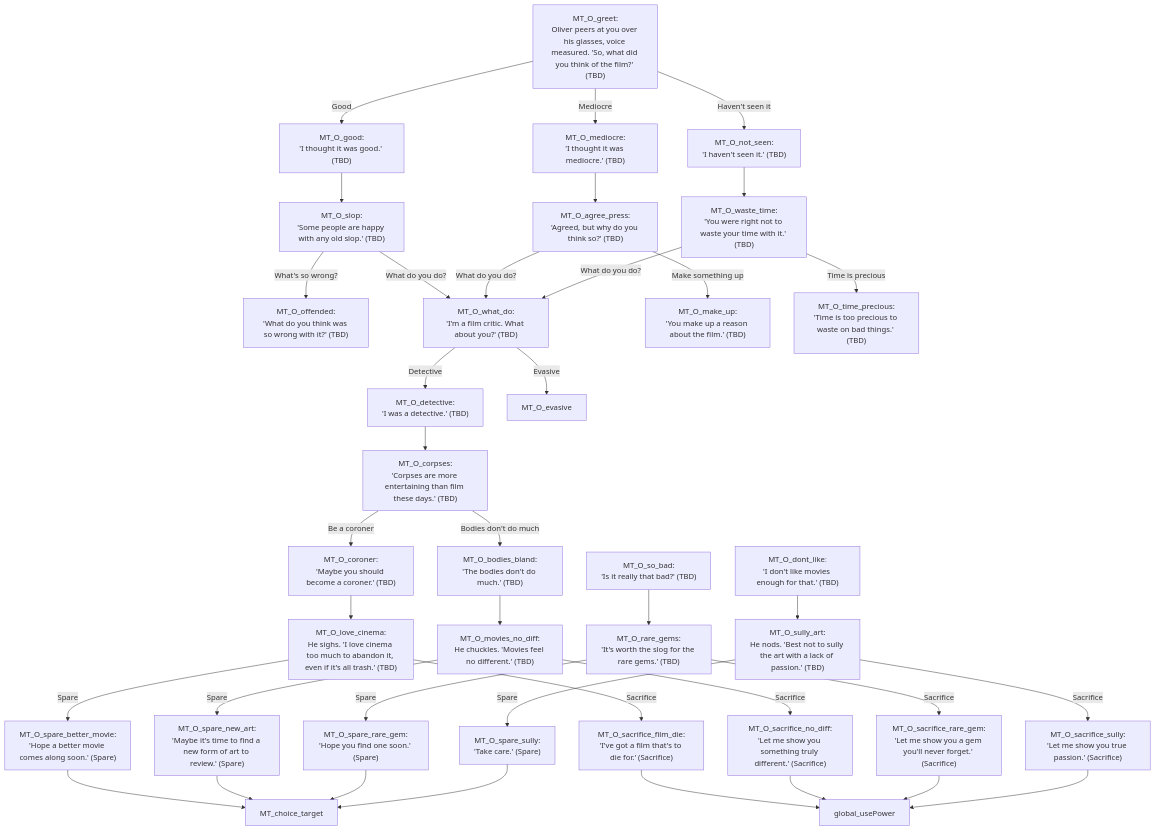
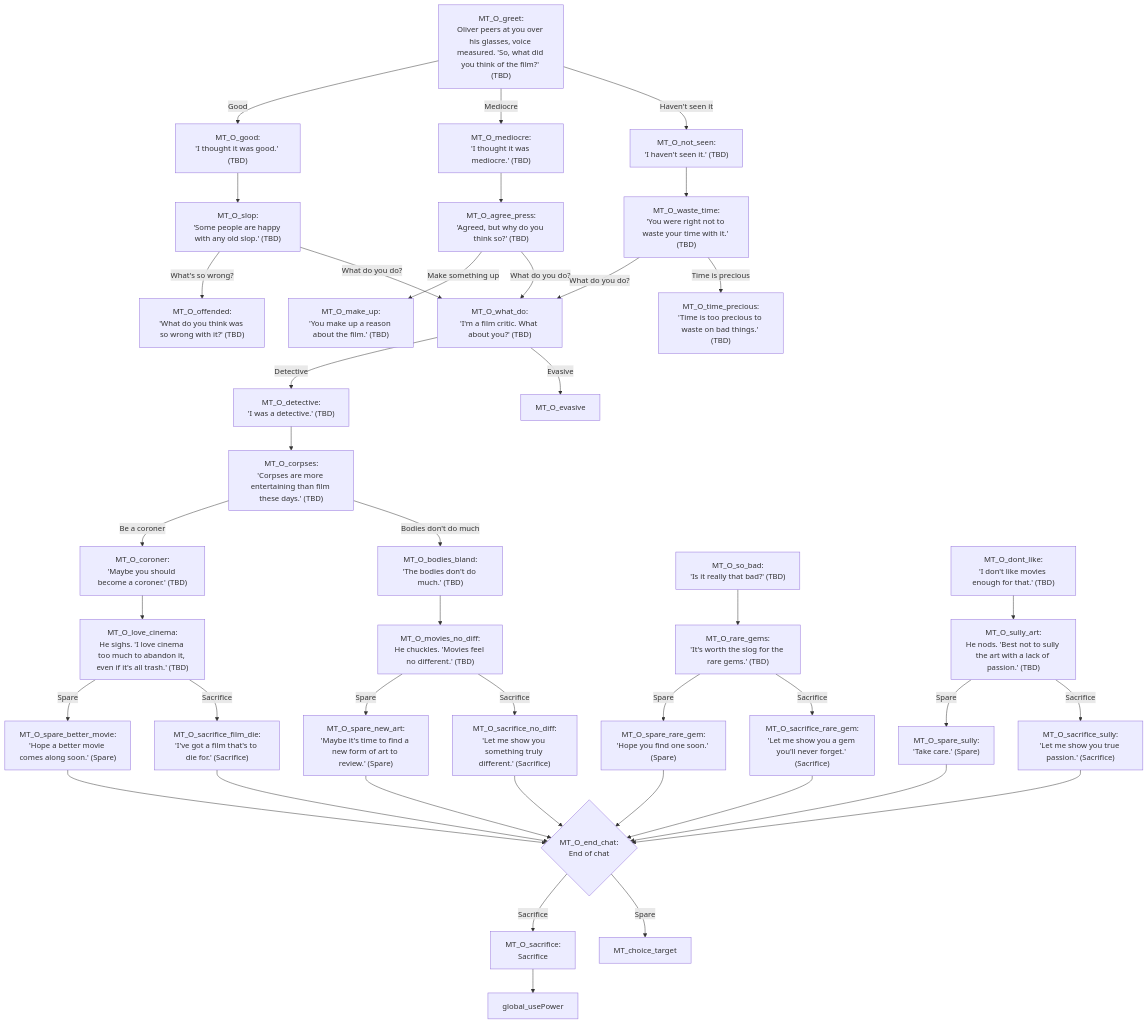
Before and after one commit to ivalace/horror-game-jam-2025: the diagram in Oliver.mmd, drawn with Mermaid. The commit also changed 9 other files, not shown here.

```diff
--- a/Oliver.mmd
+++ b/Oliver.mmd
@@ -1,42 +1,45 @@
 flowchart TD
 direction LR
 MT_O_greet["MT_O_greet:<br/>Oliver peers at you over his glasses, voice measured. 'So, what did you think of the film?' (TBD)"] -->|Good| MT_O_good
 MT_O_greet -->|Mediocre| MT_O_mediocre
 MT_O_greet -->|Haven't seen it| MT_O_not_seen
 MT_O_good["MT_O_good:<br/>'I thought it was good.' (TBD)"] --> MT_O_slop
 MT_O_slop["MT_O_slop:<br/>'Some people are happy with any old slop.' (TBD)"] -->|What's so wrong?| MT_O_offended
 MT_O_slop -->|What do you do?| MT_O_what_do
 MT_O_offended["MT_O_offended:<br/>'What do you think was so wrong with it?' (TBD)"]
 MT_O_agree_press["MT_O_agree_press:<br/>'Agreed, but why do you think so?' (TBD)"] -->|Make something up| MT_O_make_up
 MT_O_agree_press -->|What do you do?| MT_O_what_do
 MT_O_make_up["MT_O_make_up:<br/>'You make up a reason about the film.' (TBD)"]
 MT_O_waste_time["MT_O_waste_time:<br/>'You were right not to waste your time with it.' (TBD)"] -->|What do you do?| MT_O_what_do
 MT_O_waste_time -->|Time is precious| MT_O_time_precious
 MT_O_time_precious["MT_O_time_precious:<br/>'Time is too precious to waste on bad things.' (TBD)"]
 MT_O_mediocre["MT_O_mediocre:<br/>'I thought it was mediocre.' (TBD)"] --> MT_O_agree_press
 MT_O_not_seen["MT_O_not_seen:<br/>'I haven't seen it.' (TBD)"] --> MT_O_waste_time
 MT_O_what_do["MT_O_what_do:<br/>'I'm a film critic. What about you?' (TBD)"] -->|Detective| MT_O_detective
 MT_O_what_do -->|Evasive| MT_O_evasive
 MT_O_detective["MT_O_detective:<br/>'I was a detective.' (TBD)"] --> MT_O_corpses
 MT_O_corpses["MT_O_corpses:<br/>'Corpses are more entertaining than film these days.' (TBD)"] -->|Be a coroner| MT_O_coroner
 MT_O_corpses -->|Bodies don't do much| MT_O_bodies_bland
 MT_O_coroner["MT_O_coroner:<br/>'Maybe you should become a coroner.' (TBD)"] --> MT_O_love_cinema
 MT_O_love_cinema["MT_O_love_cinema:<br/>He sighs. 'I love cinema too much to abandon it, even if it's all trash.' (TBD)"] -->|Spare| MT_O_spare_better_movie
 MT_O_love_cinema -->|Sacrifice| MT_O_sacrifice_film_die
-MT_O_spare_better_movie["MT_O_spare_better_movie:<br/>'Hope a better movie comes along soon.' (Spare)"] --> MT_choice_target
-MT_O_sacrifice_film_die["MT_O_sacrifice_film_die:<br/>'I've got a film that's to die for.' (Sacrifice)"] --> global_usePower
+MT_O_spare_better_movie["MT_O_spare_better_movie:<br/>'Hope a better movie comes along soon.' (Spare)"] --> MT_O_end_chat
+MT_O_spare_new_art["MT_O_spare_new_art:<br/>'Maybe it's time to find a new form of art to review.' (Spare)"] --> MT_O_end_chat
+MT_O_spare_rare_gem["MT_O_spare_rare_gem:<br/>'Hope you find one soon.' (Spare)"] --> MT_O_end_chat
+MT_O_spare_sully["MT_O_spare_sully:<br/>'Take care.' (Spare)"] --> MT_O_end_chat
+MT_O_sacrifice_film_die["MT_O_sacrifice_film_die:<br/>'I've got a film that's to die for.' (Sacrifice)"] --> MT_O_end_chat
+MT_O_sacrifice_no_diff["MT_O_sacrifice_no_diff:<br/>'Let me show you something truly different.' (Sacrifice)"] --> MT_O_end_chat
+MT_O_sacrifice_rare_gem["MT_O_sacrifice_rare_gem:<br/>'Let me show you a gem you'll never forget.' (Sacrifice)"] --> MT_O_end_chat
+MT_O_sacrifice_sully["MT_O_sacrifice_sully:<br/>'Let me show you true passion.' (Sacrifice)"] --> MT_O_end_chat
 MT_O_bodies_bland["MT_O_bodies_bland:<br/>'The bodies don't do much.' (TBD)"] --> MT_O_movies_no_diff
 MT_O_movies_no_diff["MT_O_movies_no_diff:<br/>He chuckles. 'Movies feel no different.' (TBD)"] -->|Spare| MT_O_spare_new_art
 MT_O_movies_no_diff -->|Sacrifice| MT_O_sacrifice_no_diff
-MT_O_spare_new_art["MT_O_spare_new_art:<br/>'Maybe it's time to find a new form of art to review.' (Spare)"] --> MT_choice_target
-MT_O_sacrifice_no_diff["MT_O_sacrifice_no_diff:<br/>'Let me show you something truly different.' (Sacrifice)"] --> global_usePower
 MT_O_so_bad["MT_O_so_bad:<br/>'Is it really that bad?' (TBD)"] --> MT_O_rare_gems
 MT_O_rare_gems["MT_O_rare_gems:<br/>'It's worth the slog for the rare gems.' (TBD)"] -->|Spare| MT_O_spare_rare_gem
 MT_O_rare_gems -->|Sacrifice| MT_O_sacrifice_rare_gem
-MT_O_spare_rare_gem["MT_O_spare_rare_gem:<br/>'Hope you find one soon.' (Spare)"] --> MT_choice_target
-MT_O_sacrifice_rare_gem["MT_O_sacrifice_rare_gem:<br/>'Let me show you a gem you'll never forget.' (Sacrifice)"] --> global_usePower
 MT_O_dont_like["MT_O_dont_like:<br/>'I don't like movies enough for that.' (TBD)"] --> MT_O_sully_art
 MT_O_sully_art["MT_O_sully_art:<br/>He nods. 'Best not to sully the art with a lack of passion.' (TBD)"] -->|Spare| MT_O_spare_sully
 MT_O_sully_art -->|Sacrifice| MT_O_sacrifice_sully
-MT_O_spare_sully["MT_O_spare_sully:<br/>'Take care.' (Spare)"] --> MT_choice_target
-MT_O_sacrifice_sully["MT_O_sacrifice_sully:<br/>'Let me show you true passion.' (Sacrifice)"] --> global_usePower
+MT_O_end_chat{"MT_O_end_chat:<br/>End of chat"} -->|Sacrifice| MT_O_sacrifice
+MT_O_end_chat -->|Spare| MT_choice_target
+MT_O_sacrifice["MT_O_sacrifice:<br/>Sacrifice"] --> global_usePower
```
